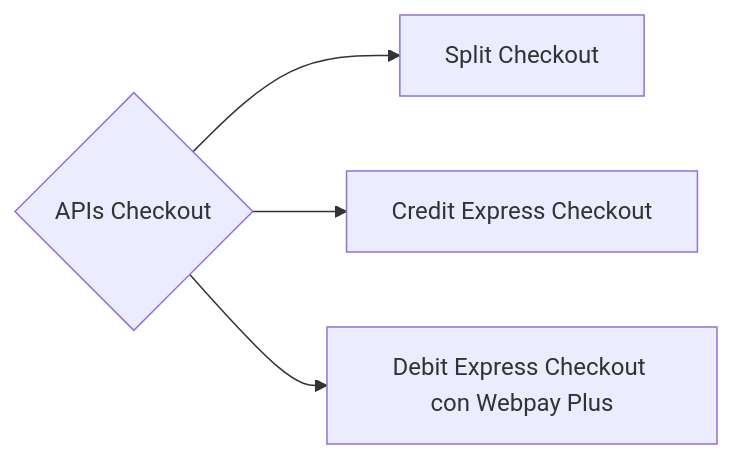
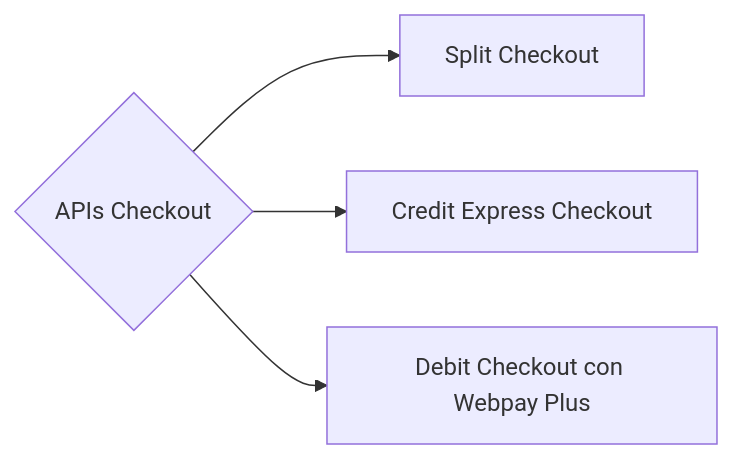
The diagram in site/content/api-checkout/_index.md (Peinau/hugo-dev-portal), drawn with Mermaid before and after one commit.

```diff
--- a/site/content/api-checkout/_index.md
+++ b/site/content/api-checkout/_index.md
@@ -7,7 +7,7 @@
 {{<mermaid align="left">}}
 graph LR;
     A{APIs Checkout}
     A --> B[Split Checkout]
     A --> C[Credit Express Checkout]
-    A --> D[Debit Express Checkout con Webpay Plus]
+    A --> D[Debit Checkout con Webpay Plus]
 {{< /mermaid >}}
```
